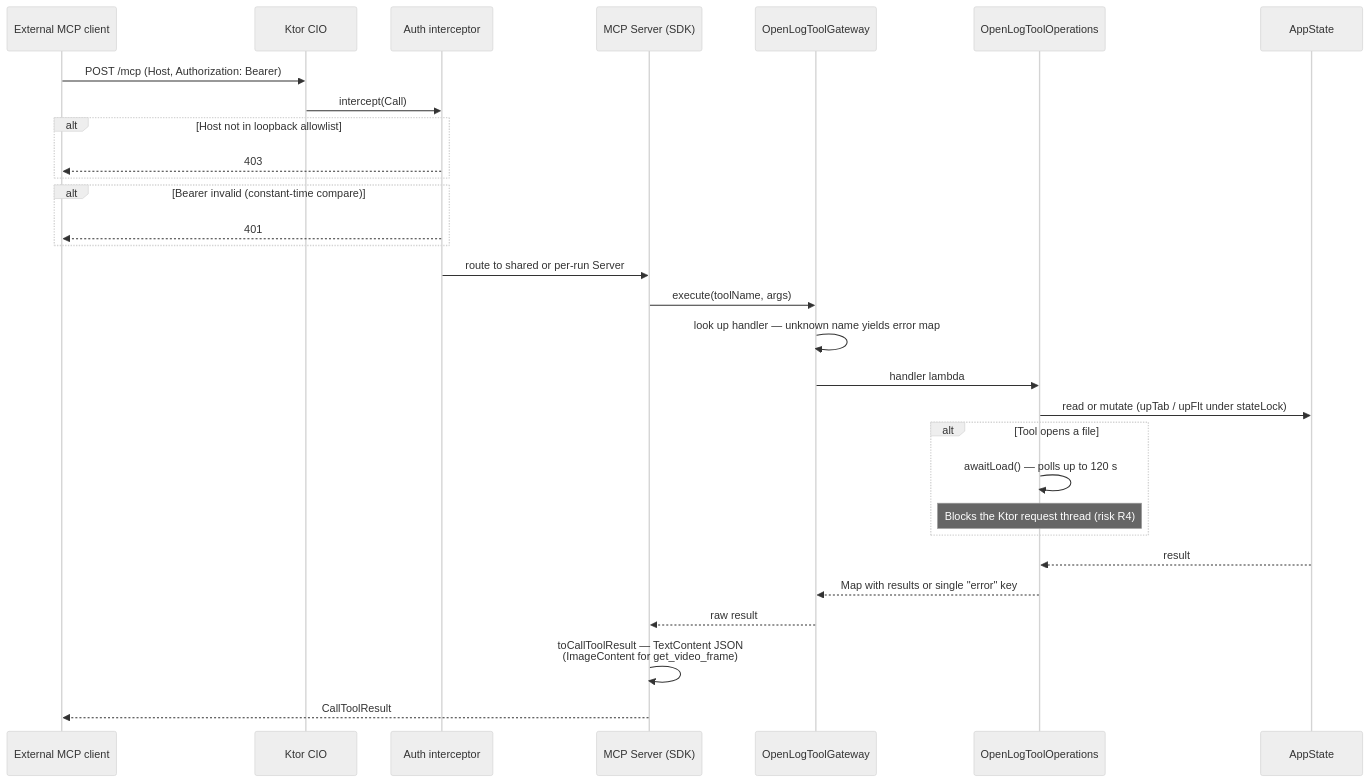
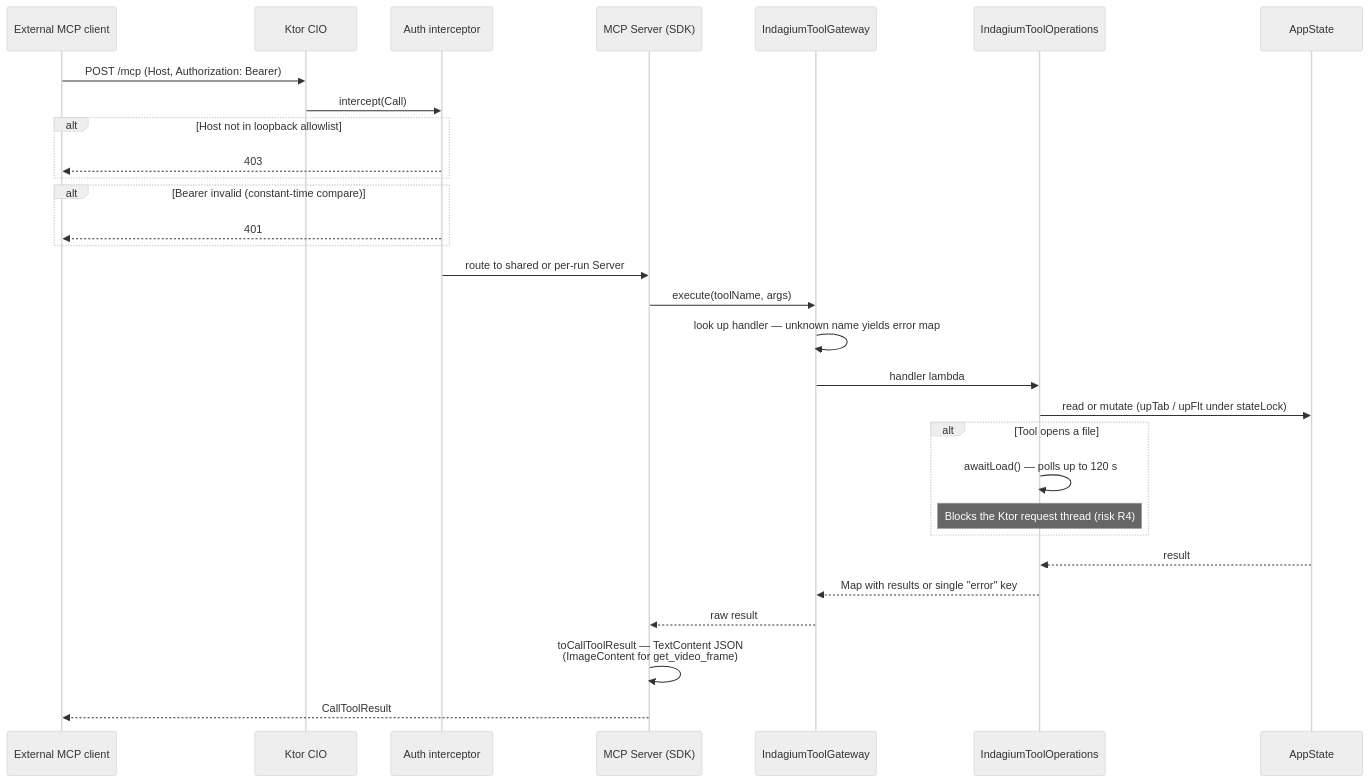
Diagram 11 of 14 in docs/SAAD.md (indagium/indagium), drawn with Mermaid (neutral theme) before and after one commit. The commit also changed other lines of this file and 20 other files, not shown here.

````diff
--- a/docs/SAAD.md
+++ b/docs/SAAD.md
@@ -1512,36 +1548,36 @@
 ```mermaid
 sequenceDiagram
     participant Client as External MCP client
     participant Ktor as Ktor CIO
     participant Gate as Auth interceptor
     participant MCP as MCP Server (SDK)
-    participant Gateway as OpenLogToolGateway
-    participant Ops as OpenLogToolOperations
+    participant Gateway as IndagiumToolGateway
+    participant Ops as IndagiumToolOperations
     participant State as AppState
 
     Client->>Ktor: POST /mcp (Host, Authorization: Bearer)
     Ktor->>Gate: intercept(Call)
     alt Host not in loopback allowlist
         Gate-->>Client: 403
     end
     alt Bearer invalid (constant-time compare)
         Gate-->>Client: 401
     end
     Gate->>MCP: route to shared or per-run Server
 
     MCP->>Gateway: execute(toolName, args)
     Gateway->>Gateway: look up handler — unknown name yields error map
     Gateway->>Ops: handler lambda
     Ops->>State: read or mutate (upTab / upFlt under stateLock)
 
     alt Tool opens a file
         Ops->>Ops: awaitLoad() — polls up to 120 s
         Note over Ops: Blocks the Ktor request thread (risk R4)
     end
 
     State-->>Ops: result
     Ops-->>Gateway: Map with results or single "error" key
     Gateway-->>MCP: raw result
     MCP->>MCP: toCallToolResult — TextContent JSON<br/>(ImageContent for get_video_frame)
     MCP-->>Client: CallToolResult
 ```
````
